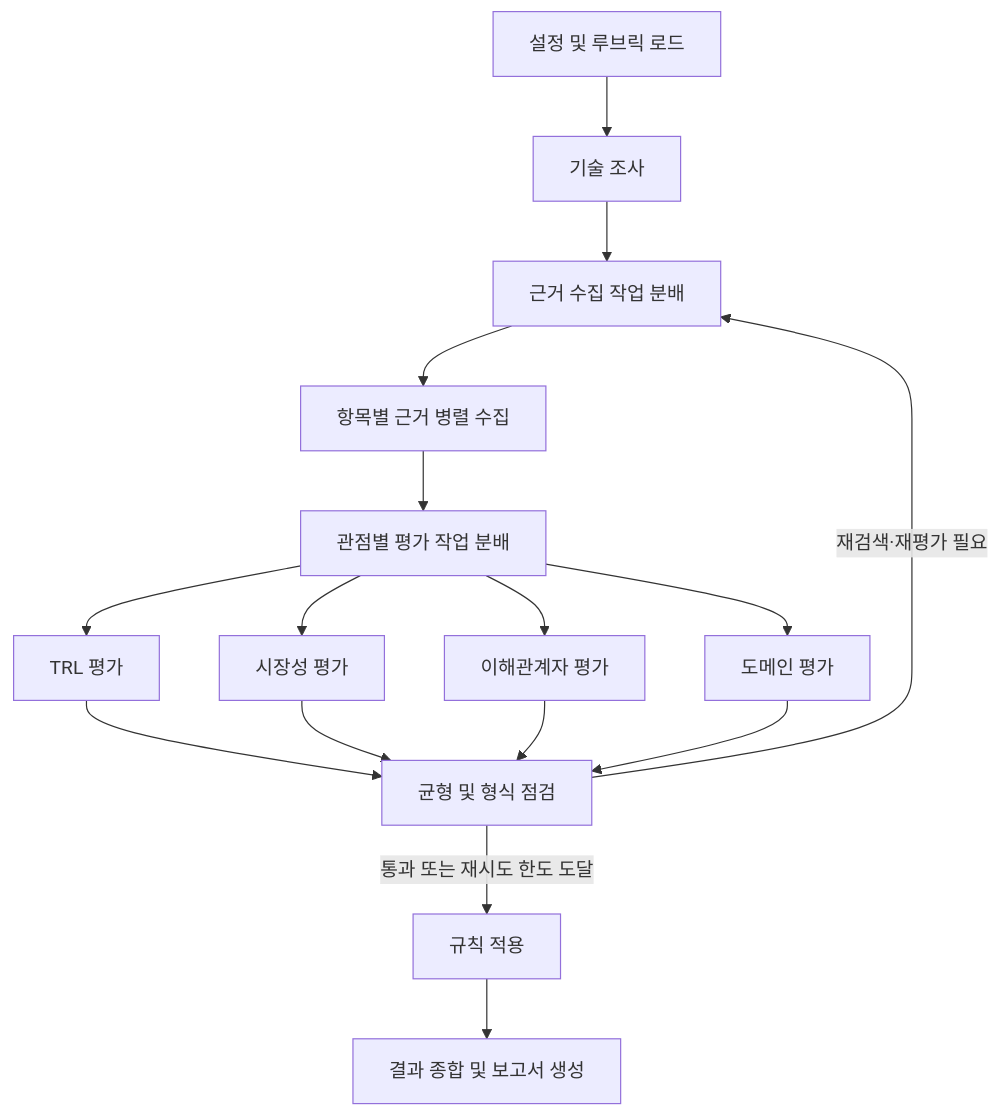
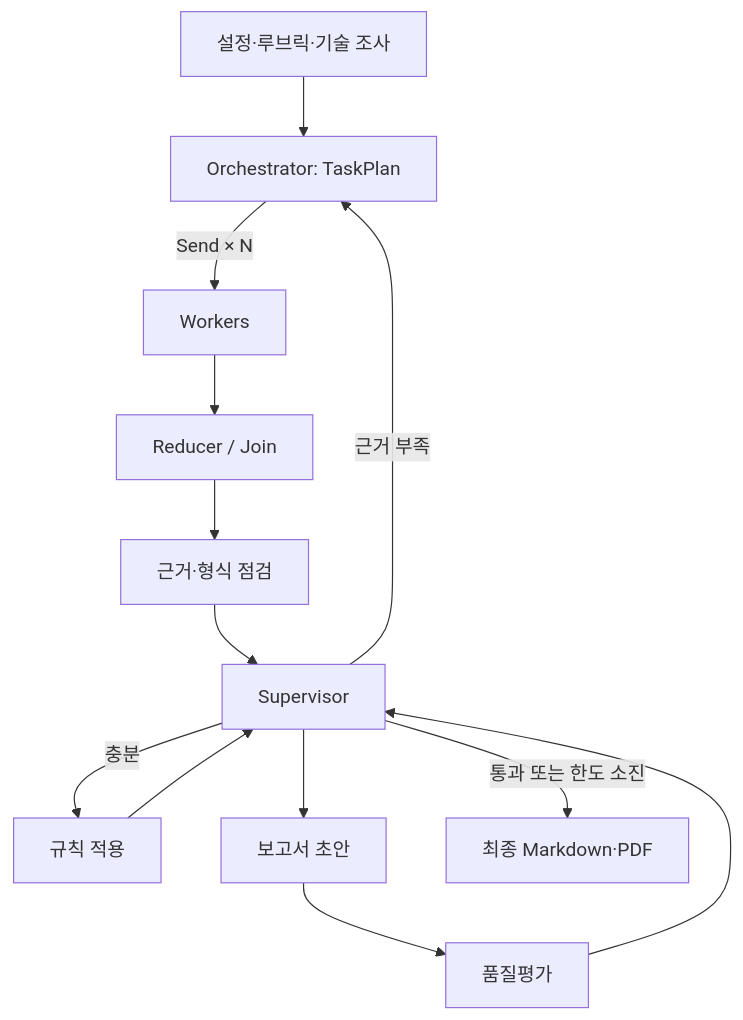
The diagram in README.md (seunghye3760-afk/skala-rag-design-course), drawn with Mermaid before and after one commit. The commit also changed other lines of this file and 20 other files, not shown here.

Commit message:
feat(graph): add layered multi-agent orchestration

````diff
--- a/README.md
+++ b/README.md
@@ -64,18 +67,15 @@
 ```mermaid
 flowchart TD
-    A[설정 및 루브릭 로드] --> B[기술 조사]
-    B --> C[근거 수집 작업 분배]
-    C --> D[항목별 근거 병렬 수집]
-    D --> E[관점별 평가 작업 분배]
-    E --> F1[TRL 평가]
-    E --> F2[시장성 평가]
-    E --> F3[이해관계자 평가]
-    E --> F4[도메인 평가]
-    F1 --> G[균형 및 형식 점검]
-    F2 --> G
-    F3 --> G
-    F4 --> G
-    G -->|재검색·재평가 필요| C
-    G -->|통과 또는 재시도 한도 도달| H[규칙 적용]
-    H --> I[결과 종합 및 보고서 생성]
+    A[설정·루브릭·기술 조사] --> P[Orchestrator: TaskPlan]
+    P -->|Send × N| W[Workers]
+    W --> J[Reducer / Join]
+    J --> B[근거·형식 점검]
+    B --> S[Supervisor]
+    S -->|근거 부족| P
+    S -->|충분| R[규칙 적용]
+    R --> S
+    S --> Y[보고서 초안]
+    Y --> Q[품질평가]
+    Q --> S
+    S -->|통과 또는 한도 소진| F[최종 Markdown·PDF]
 ```
````
